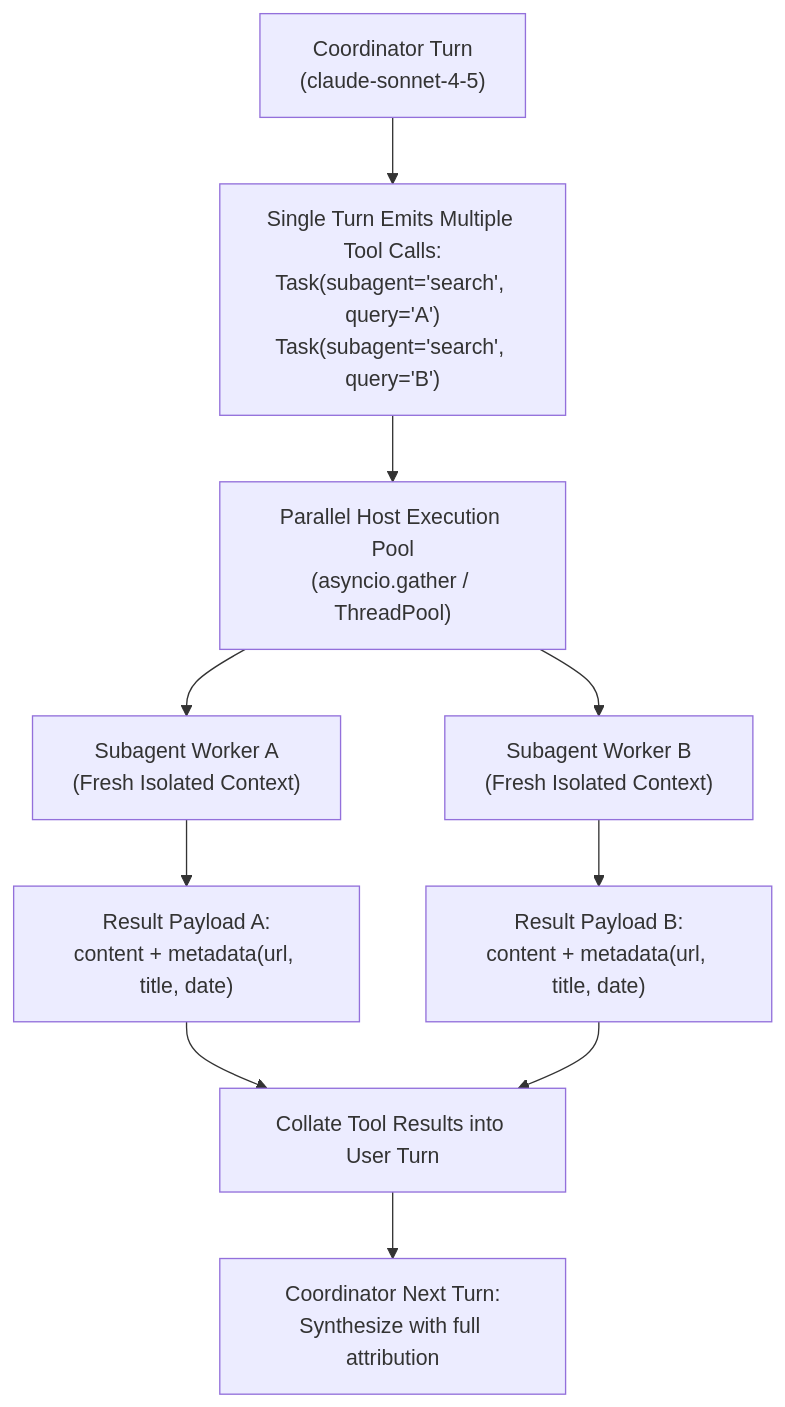
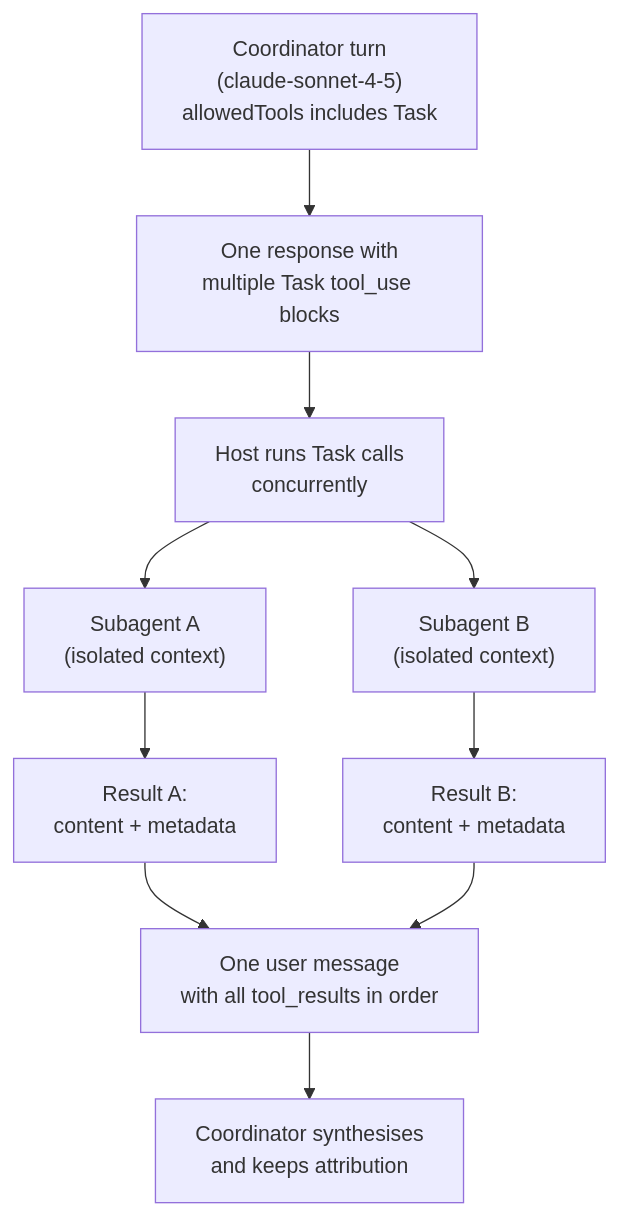
The diagram in domain1/ts_1_3_subagent_invocation_spawning/README.md (dip4k/claude_cert_architect_foundation_prep), drawn with Mermaid before and after one commit. The commit also changed other lines of this file and 133 other files, not shown here.

````diff
--- a/domain1/ts_1_3_subagent_invocation_spawning/README.md
+++ b/domain1/ts_1_3_subagent_invocation_spawning/README.md
@@ -74,16 +108,15 @@
 ```mermaid
 flowchart TD
-    Coordinator["Coordinator Turn<br>(claude-sonnet-4-5)"] --> MultiCall["Single Turn Emits Multiple Tool Calls:<br>Task(subagent='search', query='A')<br>Task(subagent='search', query='B')"]
-    
-    MultiCall --> ExecPool["Parallel Host Execution Pool<br>(asyncio.gather / ThreadPool)"]
-    
-    ExecPool --> WorkerA["Subagent Worker A<br>(Fresh Isolated Context)"]
-    ExecPool --> WorkerB["Subagent Worker B<br>(Fresh Isolated Context)"]
-    
-    WorkerA --> ResultA["Result Payload A:<br>content + metadata(url, title, date)"]
-    WorkerB --> ResultB["Result Payload B:<br>content + metadata(url, title, date)"]
-    
-    ResultA --> Collector["Collate Tool Results into User Turn"]
-    ResultB --> Collector
-    Collector --> NextTurn["Coordinator Next Turn:<br>Synthesize with full attribution"]
+    Coord["Coordinator turn<br>(claude-sonnet-4-5)<br>allowedTools includes Task"] --> Multi["One response with<br>multiple Task tool_use blocks"]
+
+    Multi --> Pool["Host runs Task calls<br>concurrently"]
+    Pool --> A["Subagent A<br>(isolated context)"]
+    Pool --> B["Subagent B<br>(isolated context)"]
+
+    A --> RA["Result A:<br>content + metadata"]
+    B --> RB["Result B:<br>content + metadata"]
+
+    RA --> Collect["One user message<br>with all tool_results in order"]
+    RB --> Collect
+    Collect --> Next["Coordinator synthesises<br>and keeps attribution"]
 ```
````
